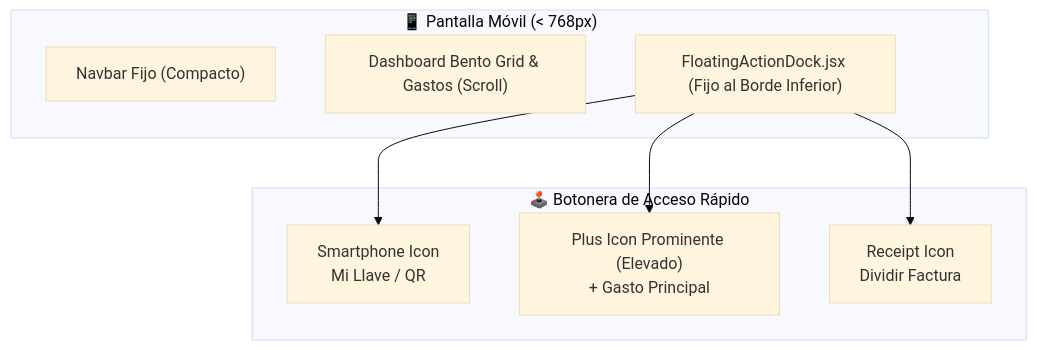
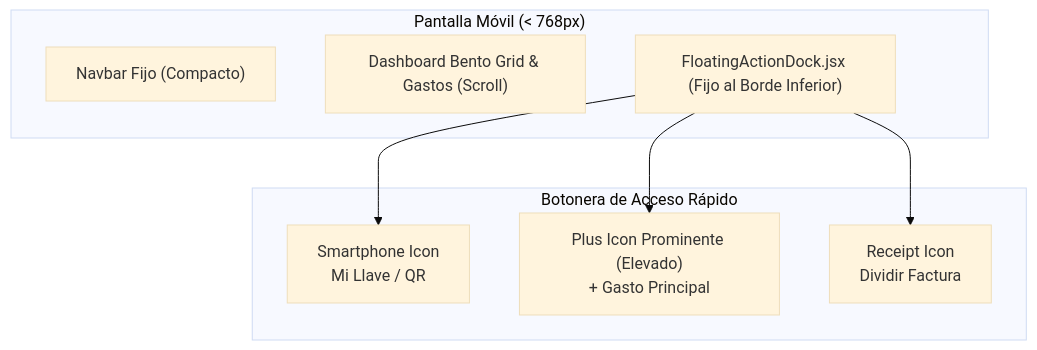
One commit to SebzSGC/Control-Gastos changed the third of 4 diagrams in docs/03_Frontend/Guia-Estilos-Tailwind.md. Above: the diagram before and after it, drawn with Mermaid (base theme). The commit also changed other lines of this file and 16 other files, not shown here.

````diff
--- a/docs/03_Frontend/Guia-Estilos-Tailwind.md
+++ b/docs/03_Frontend/Guia-Estilos-Tailwind.md
@@ -116,18 +116,18 @@
 ```mermaid
 flowchart TD
-    subgraph MobileViewport["📱 Pantalla Móvil (< 768px)"]
+    subgraph MobileViewport["Pantalla Móvil (< 768px)"]
         Top["Navbar Fijo (Compacto)"]
         Content["Dashboard Bento Grid & Gastos (Scroll)"]
         Dock["FloatingActionDock.jsx (Fijo al Borde Inferior)"]
     end
 
-    subgraph DockActions["🕹️ Botonera de Acceso Rápido"]
+    subgraph DockActions["Botonera de Acceso Rápido"]
         Btn1["Smartphone Icon\nMi Llave / QR"]
         Btn2["Plus Icon Prominente (Elevado)\n+ Gasto Principal"]
         Btn3["Receipt Icon\nDividir Factura"]
     end
 
     Dock --> Btn1
     Dock --> Btn2
     Dock --> Btn3
 ```
````
